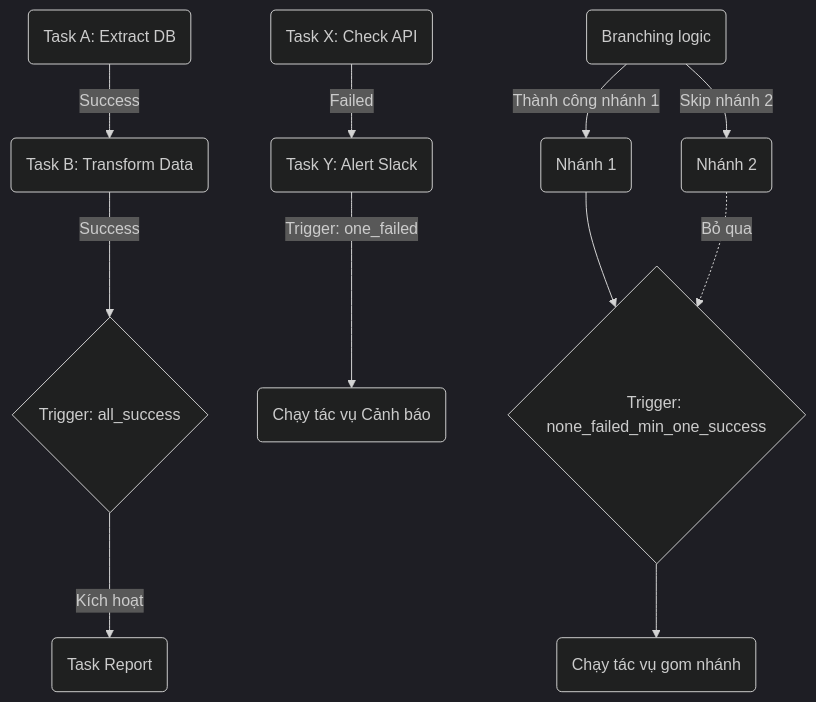
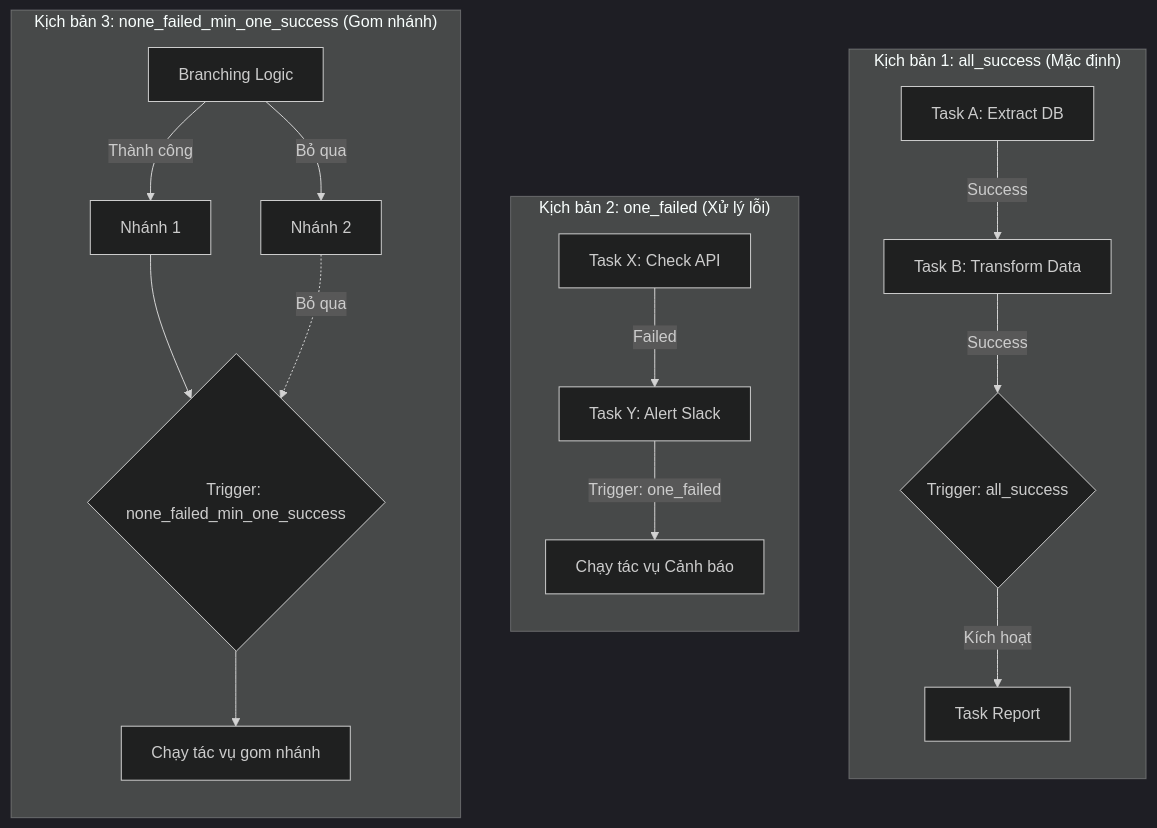
The diagram in src/content/docs/concepts/orchestration/task-dependency.md (kythuatdulieu/kythuatdulieu.github.io), drawn with Mermaid (dark theme) before and after one commit. The commit also changed 8 other files, not shown here.

Commit message:
docs: audit and optimize core Mermaid diagrams across concepts

````diff
--- a/src/content/docs/concepts/orchestration/task-dependency.md
+++ b/src/content/docs/concepts/orchestration/task-dependency.md
@@ -56,15 +56,24 @@
 ```mermaid
-graph TD
-    A1(Task A: Extract DB) -->|Success| B1(Task B: Transform Data)
-    B1 -->|Success| C1{Trigger: all_success}
-    C1 -->|Kích hoạt| D1(Task Report)
+flowchart TD
+    subgraph S1 ["Kịch bản 1: all_success (Mặc định)"]
+        direction TB
+        A1["Task A: Extract DB"] -->|Success| B1["Task B: Transform Data"]
+        B1 -->|Success| C1{"Trigger: all_success"}
+        C1 -->|Kích hoạt| D1["Task Report"]
+    end
 
-    A2(Task X: Check API) -->|Failed| B2(Task Y: Alert Slack)
-    B2 -->|Trigger: one_failed| C2(Chạy tác vụ Cảnh báo)
+    subgraph S2 ["Kịch bản 2: one_failed (Xử lý lỗi)"]
+        direction TB
+        A2["Task X: Check API"] -->|Failed| B2["Task Y: Alert Slack"]
+        B2 -->|"Trigger: one_failed"| C2["Chạy tác vụ Cảnh báo"]
+    end
 
-    A3(Branching logic) -->|Thành công nhánh 1| B3(Nhánh 1)
-    A3 -->|Skip nhánh 2| C3(Nhánh 2)
-    B3 --> D3{Trigger: none_failed_min_one_success}
-    C3 -. Bỏ qua .-> D3
-    D3 --> E3(Chạy tác vụ gom nhánh)
+    subgraph S3 ["Kịch bản 3: none_failed_min_one_success (Gom nhánh)"]
+        direction TB
+        A3["Branching Logic"] -->|Thành công| B3["Nhánh 1"]
+        A3 -->|Bỏ qua| C3["Nhánh 2"]
+        B3 --> D3{"Trigger: none_failed_min_one_success"}
+        C3 -.->|Bỏ qua| D3
+        D3 --> E3["Chạy tác vụ gom nhánh"]
+    end
 ```
````
